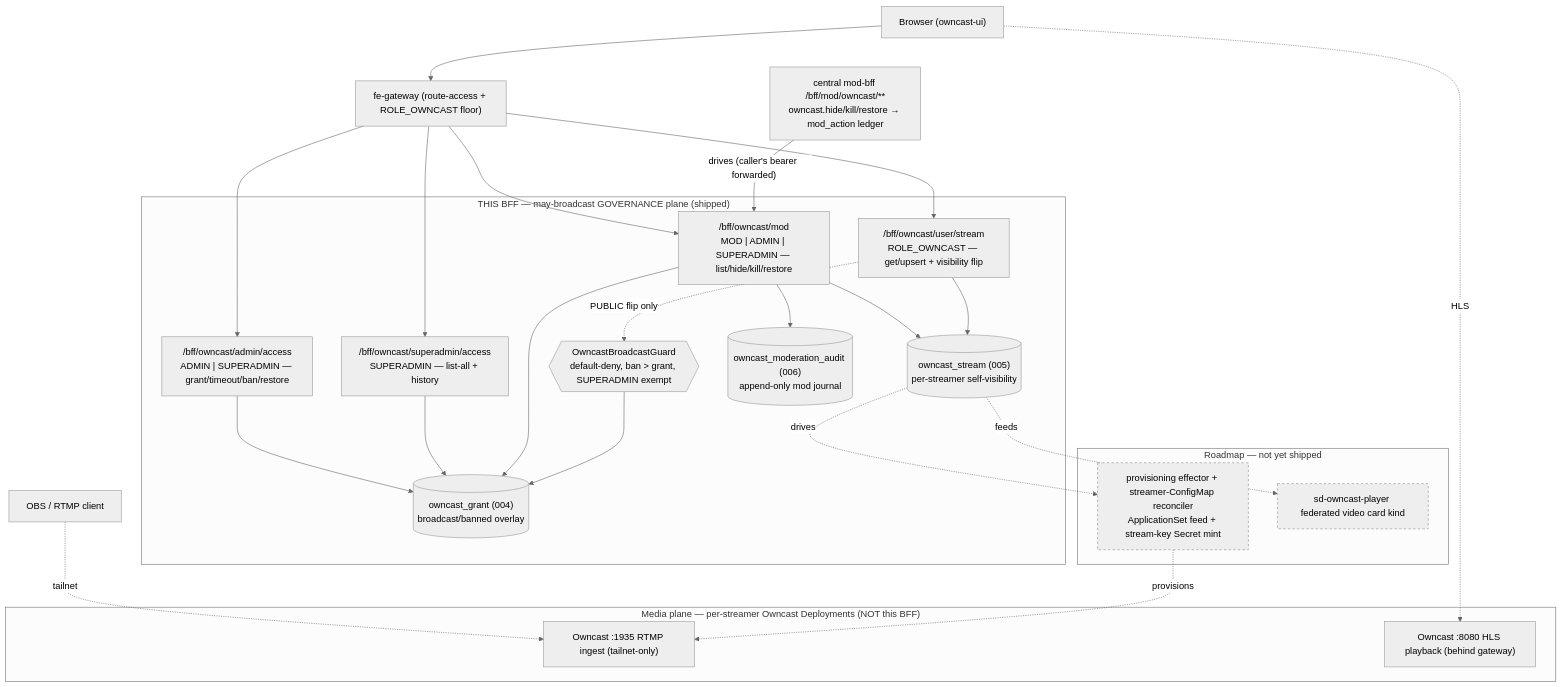
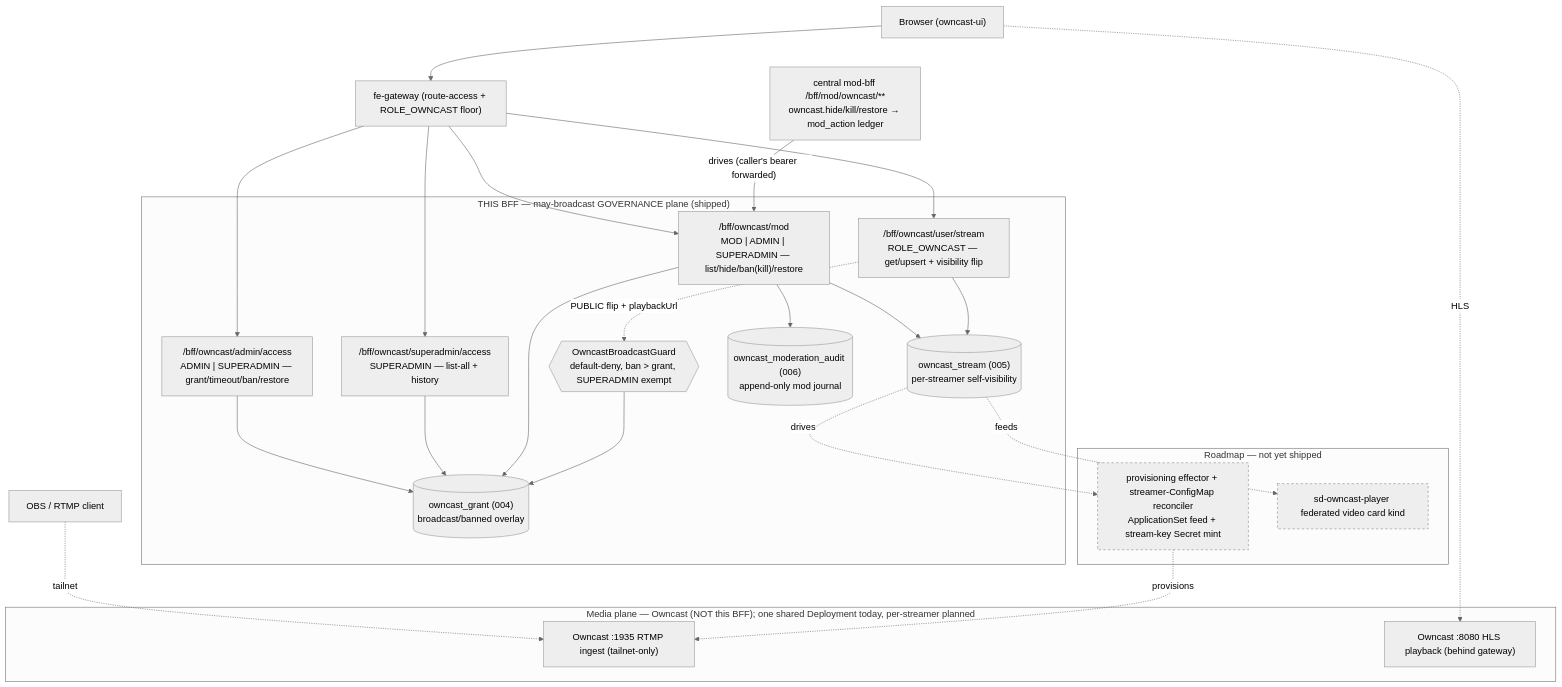
Before and after one commit to hugmesh/hugmesh.github.io: the first of 2 diagrams in content/reference/owncast-bff.md, drawn with Mermaid (neutral theme). The commit also changed other lines of this file and 93 other files, not shown here.

````diff
--- a/content/reference/owncast-bff.md
+++ b/content/reference/owncast-bff.md
@@ -84,53 +99,53 @@
 ```mermaid
 flowchart TD
     browser["Browser (owncast-ui)"]
     obs["OBS / RTMP client"]
     gw["fe-gateway (route-access + ROLE_OWNCAST floor)"]
 
     subgraph bff["THIS BFF — may-broadcast GOVERNANCE plane (shipped)"]
         admin["/bff/owncast/admin/access<br/>ADMIN | SUPERADMIN — grant/timeout/ban/restore"]
         super["/bff/owncast/superadmin/access<br/>SUPERADMIN — list-all + history"]
-        mod["/bff/owncast/mod<br/>MOD | ADMIN | SUPERADMIN — list/hide/kill/restore"]
+        mod["/bff/owncast/mod<br/>MOD | ADMIN | SUPERADMIN — list/hide/ban(kill)/restore"]
         userstream["/bff/owncast/user/stream<br/>ROLE_OWNCAST — get/upsert + visibility flip"]
         guard{{"OwncastBroadcastGuard<br/>default-deny, ban &gt; grant, SUPERADMIN exempt"}}
         grant[("owncast_grant (004)<br/>broadcast/banned overlay")]
         stream[("owncast_stream (005)<br/>per-streamer self-visibility")]
         audit[("owncast_moderation_audit (006)<br/>append-only mod journal")]
     end
 
-    subgraph media["Media plane — per-streamer Owncast Deployments (NOT this BFF)"]
+    subgraph media["Media plane — Owncast (NOT this BFF); one shared Deployment today, per-streamer planned"]
         rtmp["Owncast :1935 RTMP ingest (tailnet-only)"]
         hls["Owncast :8080 HLS playback (behind gateway)"]
     end
 
     modbff["central mod-bff /bff/mod/owncast/**<br/>owncast.hide/kill/restore → mod_action ledger"]
 
     subgraph planned["Roadmap — not yet shipped"]
         effector["provisioning effector + streamer-ConfigMap reconciler<br/>ApplicationSet feed + stream-key Secret mint"]
         card["sd-owncast-player federated video card kind"]
     end
 
     browser --> gw
     gw --> admin
     gw --> super
     gw --> mod
     gw --> userstream
     admin --> grant
     super --> grant
     mod --> grant
     mod --> stream
     mod --> audit
     userstream --> stream
-    userstream -. "PUBLIC flip only" .-> guard
+    userstream -. "PUBLIC flip + playbackUrl" .-> guard
     guard --> grant
 
     obs -. tailnet .-> rtmp
     browser -. HLS .-> hls
     stream -. drives .-> effector
     effector -. provisions .-> rtmp
     stream -. feeds .-> card
     modbff -- "drives (caller's bearer forwarded)" --> mod
 
     classDef planned stroke-dasharray:4,stroke:#888
     class effector,card planned
 ```
````
